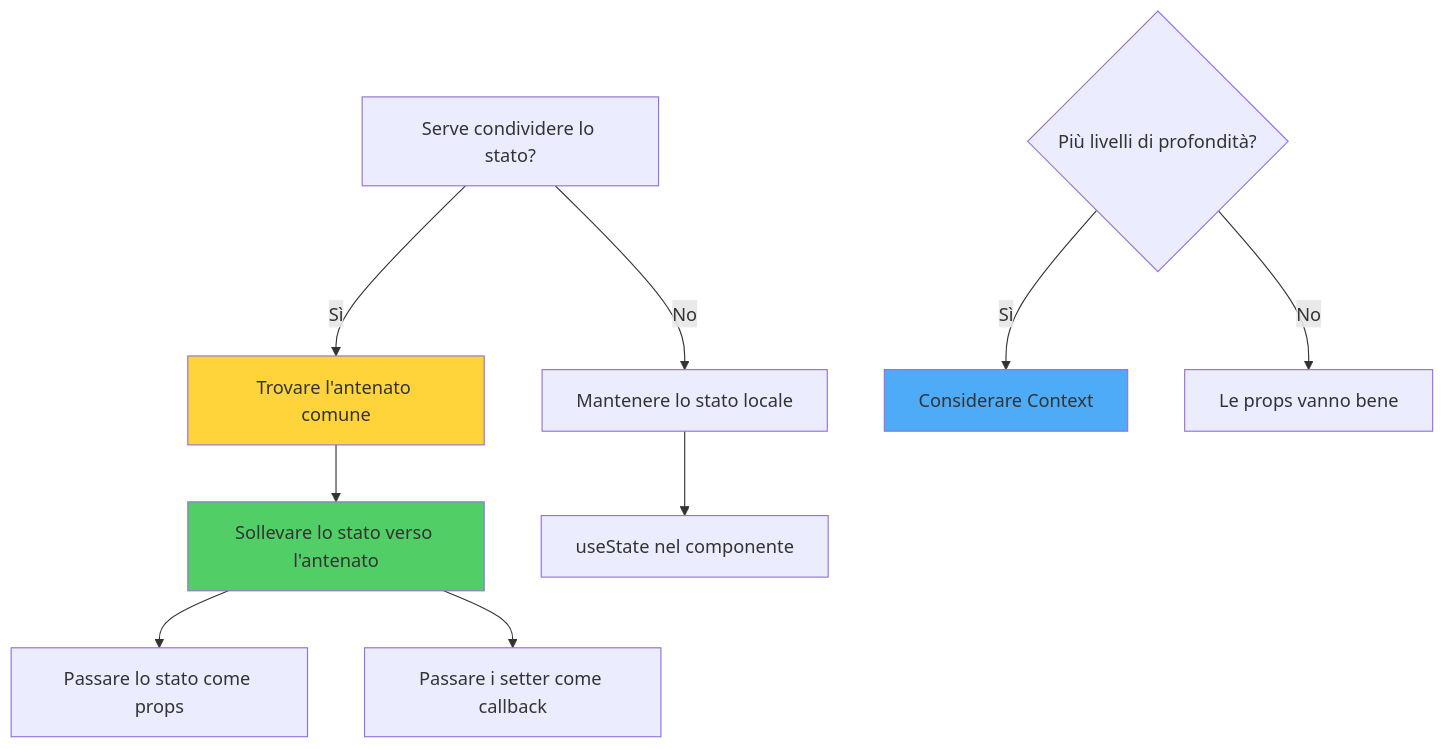
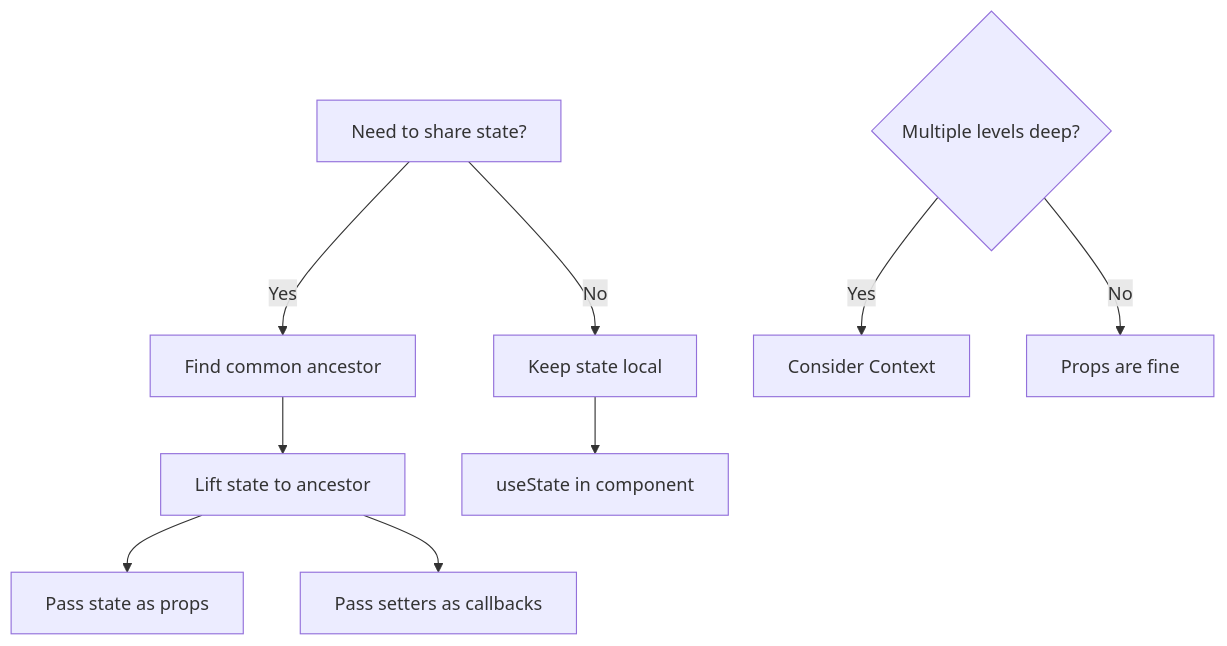
The fifth of 12 diagrams in arguments/chapters/it/03-component-patterns-best-practices.md (BabaScience/react-guides), drawn with Mermaid before and after one commit. The commit also changed other lines of this file and 29 other files, not shown here.

First line of the commit message:
Bring React FR/IT translations to full English parity + theme-safe diagrams

````diff
--- a/arguments/chapters/it/03-component-patterns-best-practices.md
+++ b/arguments/chapters/it/03-component-patterns-best-practices.md
@@ -172,18 +614,15 @@
 ```mermaid
 graph TD
-    A[Serve condividere lo stato?] -->|Sì| B[Trovare l'antenato comune]
-    A -->|No| C[Mantenere lo stato locale]
+    A[Need to share state?] -->|Yes| B[Find common ancestor]
+    A -->|No| C[Keep state local]
     
-    B --> D[Sollevare lo stato verso l'antenato]
-    D --> E[Passare lo stato come props]
-    D --> F[Passare i setter come callback]
+    B --> D[Lift state to ancestor]
+    D --> E[Pass state as props]
+    D --> F[Pass setters as callbacks]
     
-    C --> G[useState nel componente]
+    C --> G[useState in component]
     
-    H{Più livelli di profondità?} -->|Sì| I[Considerare Context]
-    H -->|No| J[Le props vanno bene]
+    H{Multiple levels deep?} -->|Yes| I[Consider Context]
+    H -->|No| J[Props are fine]
     
-    style B fill:#ffd43b
-    style D fill:#51cf66
-    style I fill:#4dabf7
 ```
````
